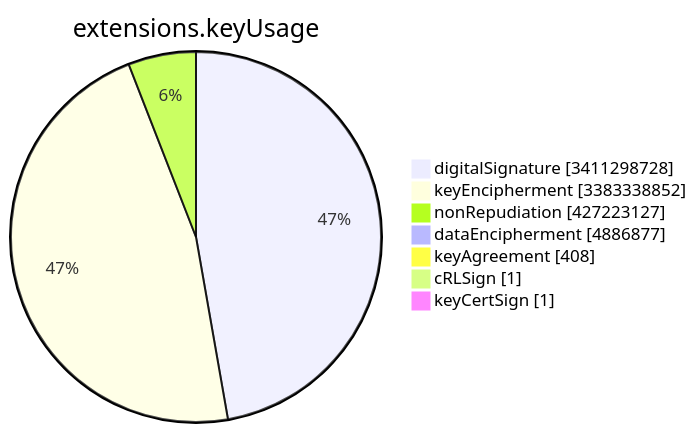
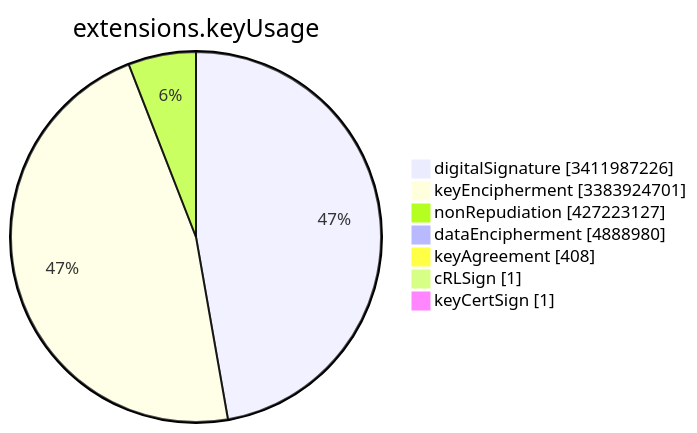
Before and after one commit to christiankrug/ctmonitor_visualization: the sixth of 15 diagrams in TOTAL/README.md, drawn with Mermaid. The commit also changed other lines of this file, not shown here.

````diff
--- a/TOTAL/README.md
+++ b/TOTAL/README.md
@@ -3081,11 +3081,11 @@
 ```mermaid
 pie showData
 title extensions.keyUsage
-"digitalSignature" :3411298728
-"keyEncipherment" :3383338852
+"digitalSignature" :3411987226
+"keyEncipherment" :3383924701
 "nonRepudiation" :427223127
-"dataEncipherment" :4886877
+"dataEncipherment" :4888980
 "keyAgreement" :408
 "cRLSign" :1
 "keyCertSign" :1
 ```
````
